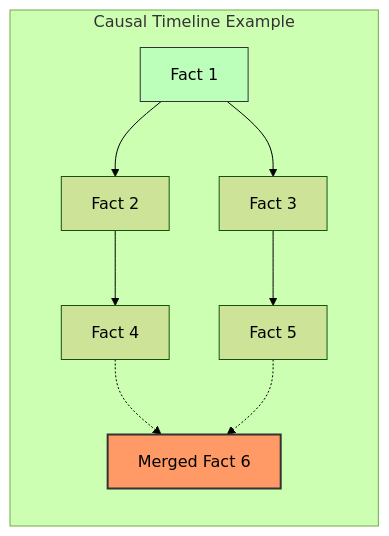
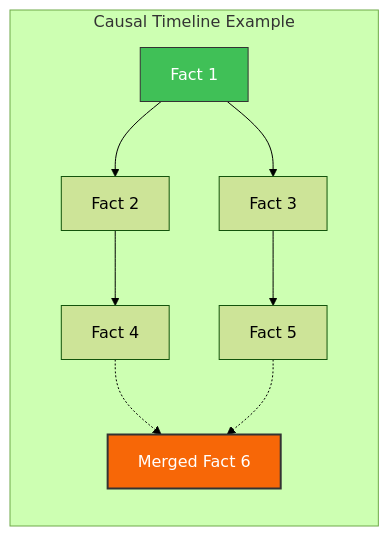
The second of 11 diagrams in notes/architecture overview.md (dialog-db/dialog-db), drawn with Mermaid (forest theme) before and after one commit. The commit also changed other lines of this file, not shown here.

````diff
--- a/notes/architecture overview.md
+++ b/notes/architecture overview.md
@@ -54,12 +54,12 @@
 ```mermaid
 flowchart LR
     subgraph "Causal Timeline Example"
         F1["Fact 1"] --> F2["Fact 2"] --> F4["Fact 4"]
         F1 --> F3["Fact 3"] --> F5["Fact 5"]
         F4 -.-> F6["Merged Fact 6"]
         F5 -.-> F6
     end
     
-    style F1 fill:#bfb,stroke:#333,stroke-width:1px
-    style F6 fill:#f96,stroke:#333,stroke-width:2px
+    style F1 fill:#40C057,stroke:#333,stroke-width:1px,color:#FFFFFF
+    style F6 fill:#F76707,stroke:#333,stroke-width:2px,color:#FFFFFF
 ```
````
